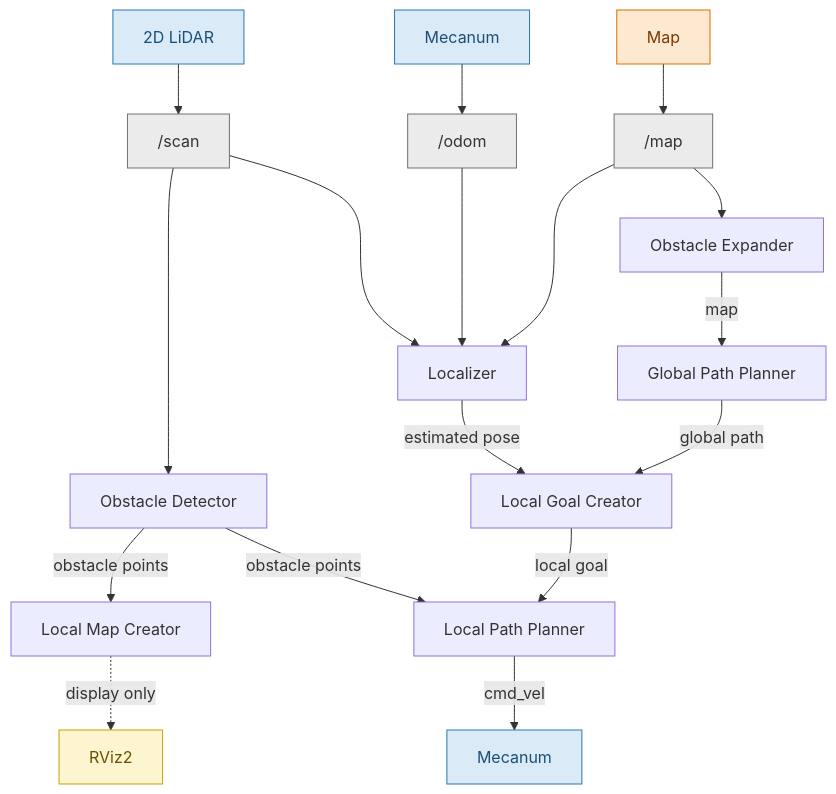
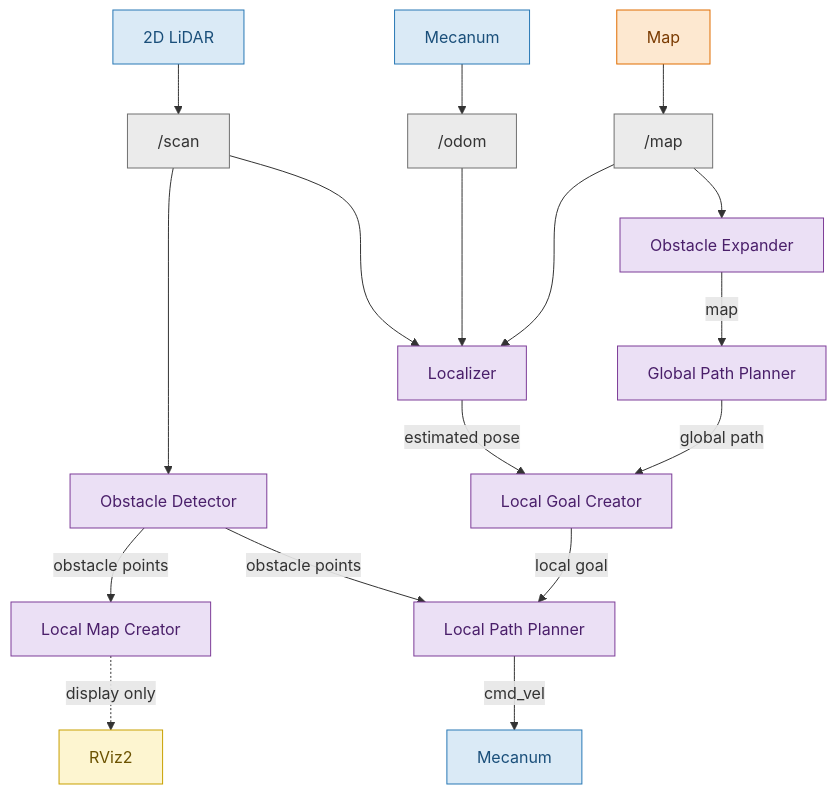
The first of 2 diagrams in README.md (amslabtech/chibi26_c), drawn with Mermaid before and after one commit. The commit also changed other lines of this file, not shown here.

````diff
--- a/README.md
+++ b/README.md
@@ -12,39 +12,39 @@
 ```mermaid
 graph TD
     classDef blue   fill:#daeaf6,stroke:#2878b5,color:#1a4f7a
     classDef orange fill:#fde8d0,stroke:#e06c00,color:#7a3a00
     classDef green  fill:#d6eedc,stroke:#2e8b57,color:#1a5233
     classDef red    fill:#fad6d6,stroke:#c0392b,color:#6e1f1a
     classDef yellow fill:#fdf5d0,stroke:#c8a000,color:#6b5200
     classDef purple fill:#ebe0f5,stroke:#7d3c98,color:#4a1f6a
     classDef gray   fill:#ebebeb,stroke:#707070,color:#333333
     classDef brown  fill:#f0e0d0,stroke:#8b4513,color:#4a2009
     
     LiDAR[2D LiDAR]:::blue
     Mecanum1[Mecanum]:::blue
     Map[Map]:::orange
 
     LiDAR --> scan[ /scan]:::gray
     Mecanum1 --> odom[ /odom]:::gray
     Map  --> map[ /map]:::gray
 
-    scan --> ObsDet[Obstacle Detector]
-    scan ---> Localizer
+    scan --> ObsDet[Obstacle Detector]:::purple
+    scan ---> Localizer:::purple
     odom ---> Localizer
     map ---> Localizer
-    map --> ObsExp[Obstacle Expander]
+    map --> ObsExp[Obstacle Expander]:::purple
     
-    ObsExp  -->|map| GPP[Global Path Planner]
+    ObsExp  -->|map| GPP[Global Path Planner]:::purple
 
-    ObsDet  -->|obstacle points| LMC[Local Map Creator]
+    ObsDet  -->|obstacle points| LMC[Local Map Creator]:::purple
     
-    Localizer -->|estimated pose| LGC[Local Goal Creator]
+    Localizer -->|estimated pose| LGC[Local Goal Creator]:::purple
     GPP     -->|global path| LGC
 
-    LGC -->|local goal| LPP[Local Path Planner]
-    ObsDet -->|obstacle points| LPP[Local Path Planner]
+    LGC -->|local goal| LPP[Local Path Planner]:::purple
+    ObsDet -->|obstacle points| LPP[Local Path Planner]:::purple
 
     LPP -->|cmd_vel| Mecanum2[Mecanum]:::blue
 
     LMC -.->|display only| RViz2:::yellow
 ```
````
